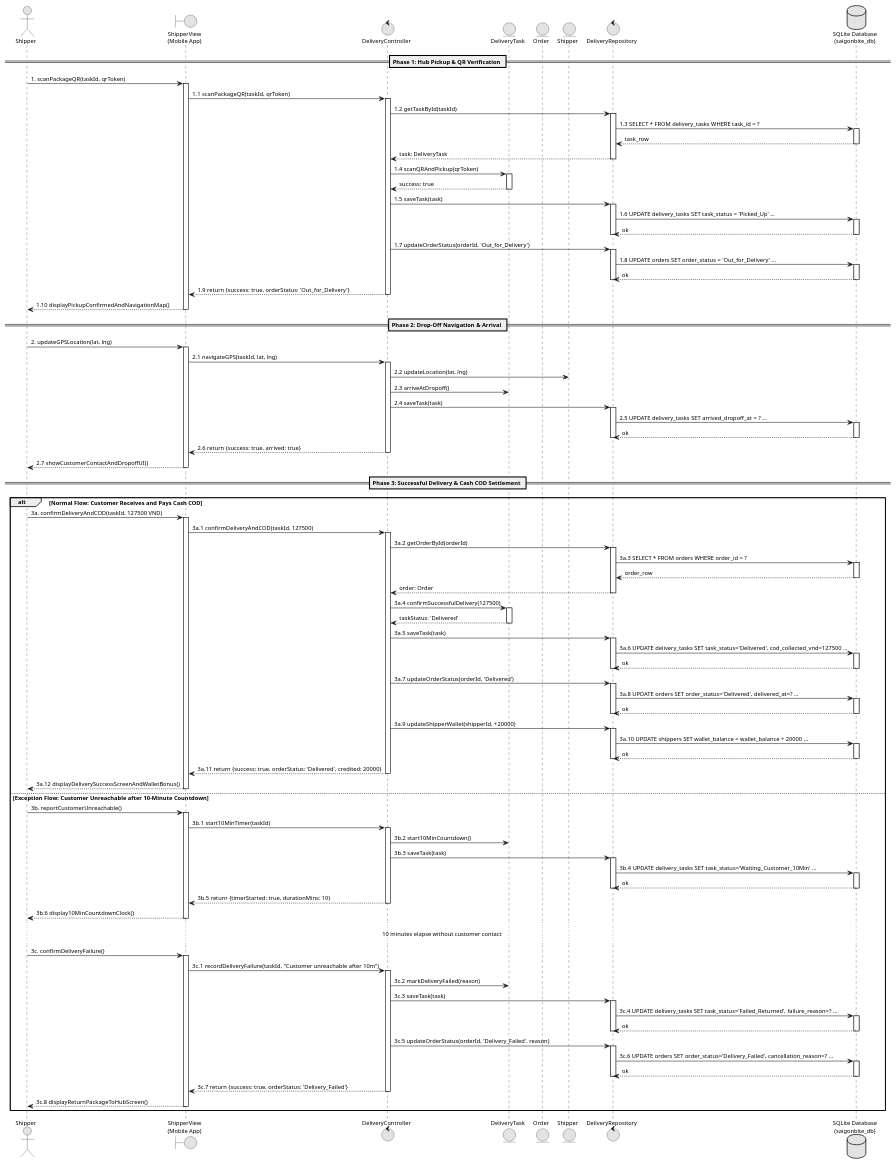
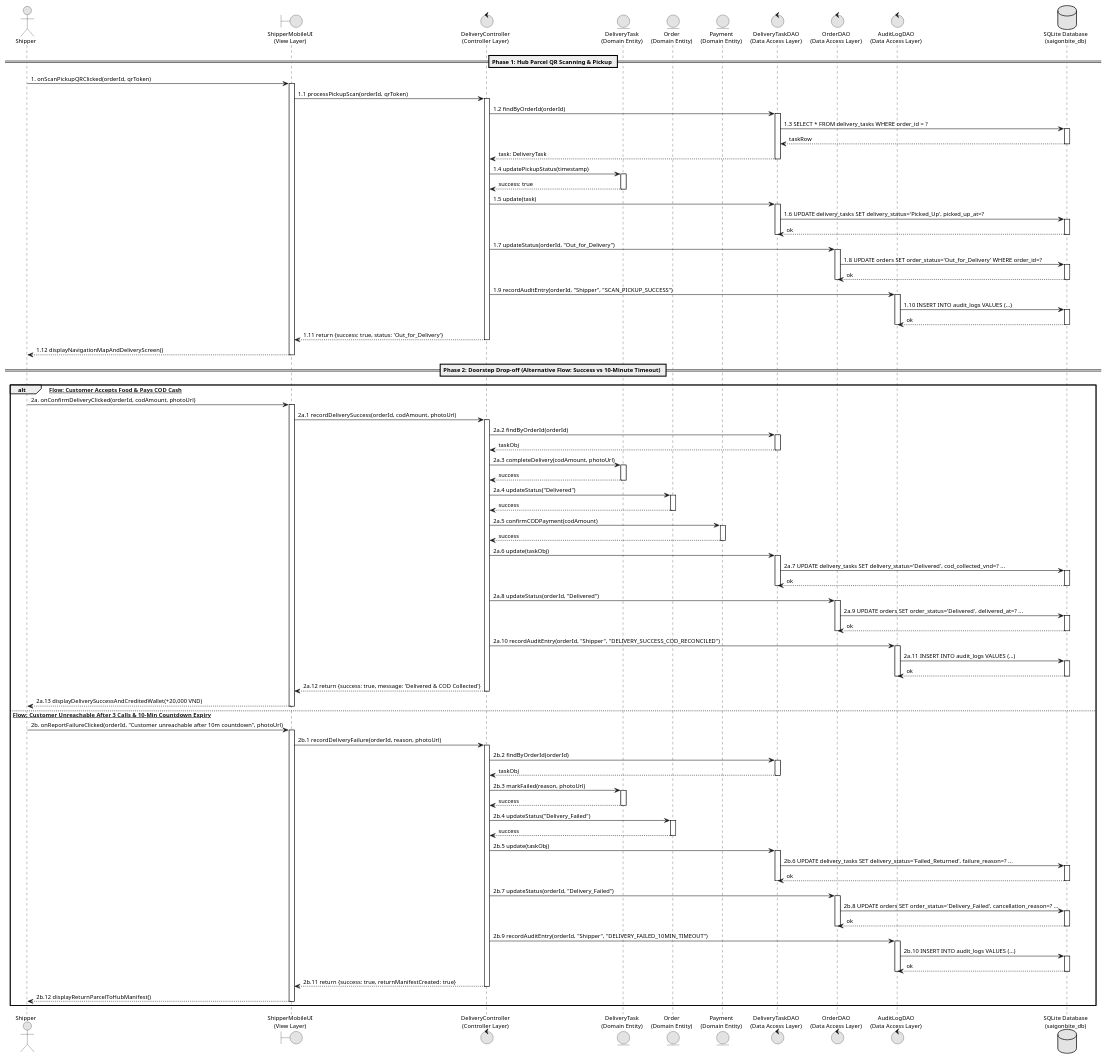
Before and after one commit to DoQuocTrung06/SaigonBite-RAD-TeamF10: the diagram in Part_3/docs/Figure_4_3_2_UC10_Modified_Sequence_Diagram.puml, drawn with PlantUML. The commit also changed 33 other files, not shown here.

Commit message:
fix(part3): align all models, DAOs, diagrams, C# sources and report text with Part 2 DCD Tables 19-28 (524H0136)

```diff
--- a/Part_3/docs/Figure_4_3_2_UC10_Modified_Sequence_Diagram.puml
+++ b/Part_3/docs/Figure_4_3_2_UC10_Modified_Sequence_Diagram.puml
@@ -1,176 +1,180 @@
 @startuml Figure_4_3_2_UC10_Modified_Sequence_Diagram
 skinparam backgroundColor #FFFFFF
 skinparam handwritten false
 skinparam monochrome true
 skinparam shadowing false
 skinparam defaultFontName "Calibri"
 skinparam defaultFontSize 11
 skinparam defaultFontColor #000000
 skinparam linetype ortho
 skinparam roundCorner 0
 hide circle
 
 actor "Shipper" as S
-boundary "ShipperView\n(Mobile App)" as V
-control "DeliveryController" as C
-entity "DeliveryTask" as DT
-entity "Order" as O
-entity "Shipper" as SH
-control "DeliveryRepository" as R
+boundary "ShipperMobileUI\n(View Layer)" as UI
+control "DeliveryController\n(Controller Layer)" as Ctrl
+entity "DeliveryTask\n(Domain Entity)" as Task
+entity "Order\n(Domain Entity)" as Ord
+entity "Payment\n(Domain Entity)" as Pay
+control "DeliveryTaskDAO\n(Data Access Layer)" as TaskDAO
+control "OrderDAO\n(Data Access Layer)" as OrderDAO
+control "AuditLogDAO\n(Data Access Layer)" as AuditDAO
 database "SQLite Database\n(saigonbite_db)" as DB
 
-== Phase 1: Hub Pickup & QR Verification ==
-S -> V: 1. scanPackageQR(taskId, qrToken)
-activate V
-V -> C: 1.1 scanPackageQR(taskId, qrToken)
-activate C
-C -> R: 1.2 getTaskById(taskId)
-activate R
-R -> DB: 1.3 SELECT * FROM delivery_tasks WHERE task_id = ?
+== Phase 1: Hub Parcel QR Scanning & Pickup ==
+S -> UI: 1. onScanPickupQRClicked(orderId, qrToken)
+activate UI
+UI -> Ctrl: 1.1 processPickupScan(orderId, qrToken)
+activate Ctrl
+
+Ctrl -> TaskDAO: 1.2 findByOrderId(orderId)
+activate TaskDAO
+TaskDAO -> DB: 1.3 SELECT * FROM delivery_tasks WHERE order_id = ?
 activate DB
-DB --> R: task_row
+DB --> TaskDAO: taskRow
 deactivate DB
-R --> C: task: DeliveryTask
-deactivate R
+TaskDAO --> Ctrl: task: DeliveryTask
+deactivate TaskDAO
 
-C -> DT: 1.4 scanQRAndPickup(qrToken)
-activate DT
-DT --> C: success: true
-deactivate DT
+Ctrl -> Task: 1.4 updatePickupStatus(timestamp)
+activate Task
+Task --> Ctrl: success: true
+deactivate Task
 
-C -> R: 1.5 saveTask(task)
-activate R
-R -> DB: 1.6 UPDATE delivery_tasks SET task_status = 'Picked_Up' ...
+Ctrl -> TaskDAO: 1.5 update(task)
+activate TaskDAO
+TaskDAO -> DB: 1.6 UPDATE delivery_tasks SET delivery_status='Picked_Up', picked_up_at=?
 activate DB
-DB --> R: ok
+DB --> TaskDAO: ok
 deactivate DB
-deactivate R
+deactivate TaskDAO
 
-C -> R: 1.7 updateOrderStatus(orderId, 'Out_for_Delivery')
-activate R
-R -> DB: 1.8 UPDATE orders SET order_status = 'Out_for_Delivery' ...
+Ctrl -> OrderDAO: 1.7 updateStatus(orderId, "Out_for_Delivery")
+activate OrderDAO
+OrderDAO -> DB: 1.8 UPDATE orders SET order_status='Out_for_Delivery' WHERE order_id=?
 activate DB
-DB --> R: ok
+DB --> OrderDAO: ok
 deactivate DB
-deactivate R
+deactivate OrderDAO
 
-C --> V: 1.9 return {success: true, orderStatus: 'Out_for_Delivery'}
-deactivate C
-V --> S: 1.10 displayPickupConfirmedAndNavigationMap()
-deactivate V
+Ctrl -> AuditDAO: 1.9 recordAuditEntry(orderId, "Shipper", "SCAN_PICKUP_SUCCESS")
+activate AuditDAO
+AuditDAO -> DB: 1.10 INSERT INTO audit_logs VALUES (...)
+activate DB
+DB --> AuditDAO: ok
+deactivate DB
+deactivate AuditDAO
 
-== Phase 2: Drop-Off Navigation & Arrival ==
-S -> V: 2. updateGPSLocation(lat, lng)
-activate V
-V -> C: 2.1 navigateGPS(taskId, lat, lng)
-activate C
-C -> SH: 2.2 updateLocation(lat, lng)
-C -> DT: 2.3 arriveAtDropoff()
-C -> R: 2.4 saveTask(task)
-activate R
-R -> DB: 2.5 UPDATE delivery_tasks SET arrived_dropoff_at = ? ...
-activate DB
-DB --> R: ok
-deactivate DB
-deactivate R
-C --> V: 2.6 return {success: true, arrived: true}
-deactivate C
-V --> S: 2.7 showCustomerContactAndDropoffUI()
-deactivate V
+Ctrl --> UI: 1.11 return {success: true, status: 'Out_for_Delivery'}
+deactivate Ctrl
+UI --> S: 1.12 displayNavigationMapAndDeliveryScreen()
+deactivate UI
 
-== Phase 3: Successful Delivery & Cash COD Settlement ==
-alt Normal Flow: Customer Receives and Pays Cash COD
-    S -> V: 3a. confirmDeliveryAndCOD(taskId, 127500 VND)
-    activate V
-    V -> C: 3a.1 confirmDeliveryAndCOD(taskId, 127500)
-    activate C
-    
-    C -> R: 3a.2 getOrderById(orderId)
-    activate R
-    R -> DB: 3a.3 SELECT * FROM orders WHERE order_id = ?
+== Phase 2: Doorstep Drop-off (Alternative Flow: Success vs 10-Minute Timeout) ==
+alt [Normal Flow: Customer Accepts Food & Pays COD Cash]
+    S -> UI: 2a. onConfirmDeliveryClicked(orderId, codAmount, photoUrl)
+    activate UI
+    UI -> Ctrl: 2a.1 recordDeliverySuccess(orderId, codAmount, photoUrl)
+    activate Ctrl
+
+    Ctrl -> TaskDAO: 2a.2 findByOrderId(orderId)
+    activate TaskDAO
+    TaskDAO --> Ctrl: taskObj
+    deactivate TaskDAO
+
+    Ctrl -> Task: 2a.3 completeDelivery(codAmount, photoUrl)
+    activate Task
+    Task --> Ctrl: success
+    deactivate Task
+
+    Ctrl -> Ord: 2a.4 updateStatus("Delivered")
+    activate Ord
+    Ord --> Ctrl: success
+    deactivate Ord
+
+    Ctrl -> Pay: 2a.5 confirmCODPayment(codAmount)
+    activate Pay
+    Pay --> Ctrl: success
+    deactivate Pay
+
+    Ctrl -> TaskDAO: 2a.6 update(taskObj)
+    activate TaskDAO
+    TaskDAO -> DB: 2a.7 UPDATE delivery_tasks SET delivery_status='Delivered', cod_collected_vnd=? ...
     activate DB
-    DB --> R: order_row
+    DB --> TaskDAO: ok
     deactivate DB
-    R --> C: order: Order
-    deactivate R
+    deactivate TaskDAO
 
-    C -> DT: 3a.4 confirmSuccessfulDelivery(127500)
-    activate DT
-    DT --> C: taskStatus: 'Delivered'
-    deactivate DT
+    Ctrl -> OrderDAO: 2a.8 updateStatus(orderId, "Delivered")
+    activate OrderDAO
+    OrderDAO -> DB: 2a.9 UPDATE orders SET order_status='Delivered', delivered_at=? ...
+    activate DB
+    DB --> OrderDAO: ok
+    deactivate DB
+    deactivate OrderDAO
 
-    C -> R: 3a.5 saveTask(task)
-    activate R
-    R -> DB: 3a.6 UPDATE delivery_tasks SET task_status='Delivered', cod_collected_vnd=127500 ...
+    Ctrl -> AuditDAO: 2a.10 recordAuditEntry(orderId, "Shipper", "DELIVERY_SUCCESS_COD_RECONCILED")
+    activate AuditDAO
+    AuditDAO -> DB: 2a.11 INSERT INTO audit_logs VALUES (...)
     activate DB
-    DB --> R: ok
+    DB --> AuditDAO: ok
     deactivate DB
-    deactivate R
+    deactivate AuditDAO
 
-    C -> R: 3a.7 updateOrderStatus(orderId, 'Delivered')
-    activate R
-    R -> DB: 3a.8 UPDATE orders SET order_status='Delivered', delivered_at=? ...
+    Ctrl --> UI: 2a.12 return {success: true, message: 'Delivered & COD Collected'}
+    deactivate Ctrl
+    UI --> S: 2a.13 displayDeliverySuccessAndCreditedWallet(+20,000 VND)
+    deactivate UI
+
+else [Exception Flow: Customer Unreachable After 3 Calls & 10-Min Countdown Expiry]
+    S -> UI: 2b. onReportFailureClicked(orderId, "Customer unreachable after 10m countdown", photoUrl)
+    activate UI
+    UI -> Ctrl: 2b.1 recordDeliveryFailure(orderId, reason, photoUrl)
+    activate Ctrl
+
+    Ctrl -> TaskDAO: 2b.2 findByOrderId(orderId)
+    activate TaskDAO
+    TaskDAO --> Ctrl: taskObj
+    deactivate TaskDAO
+
+    Ctrl -> Task: 2b.3 markFailed(reason, photoUrl)
+    activate Task
+    Task --> Ctrl: success
+    deactivate Task
+
+    Ctrl -> Ord: 2b.4 updateStatus("Delivery_Failed")
+    activate Ord
+    Ord --> Ctrl: success
+    deactivate Ord
+
+    Ctrl -> TaskDAO: 2b.5 update(taskObj)
+    activate TaskDAO
+    TaskDAO -> DB: 2b.6 UPDATE delivery_tasks SET delivery_status='Failed_Returned', failure_reason=? ...
     activate DB
-    DB --> R: ok
+    DB --> TaskDAO: ok
     deactivate DB
-    deactivate R
+    deactivate TaskDAO
 
-    C -> R: 3a.9 updateShipperWallet(shipperId, +20000)
-    activate R
-    R -> DB: 3a.10 UPDATE shippers SET wallet_balance = wallet_balance + 20000 ...
+    Ctrl -> OrderDAO: 2b.7 updateStatus(orderId, "Delivery_Failed")
+    activate OrderDAO
+    OrderDAO -> DB: 2b.8 UPDATE orders SET order_status='Delivery_Failed', cancellation_reason=? ...
     activate DB
-    DB --> R: ok
+    DB --> OrderDAO: ok
     deactivate DB
-    deactivate R
+    deactivate OrderDAO
 
-    C --> V: 3a.11 return {success: true, orderStatus: 'Delivered', credited: 20000}
-    deactivate C
-    V --> S: 3a.12 displayDeliverySuccessScreenAndWalletBonus()
-    deactivate V
+    Ctrl -> AuditDAO: 2b.9 recordAuditEntry(orderId, "Shipper", "DELIVERY_FAILED_10MIN_TIMEOUT")
+    activate AuditDAO
+    AuditDAO -> DB: 2b.10 INSERT INTO audit_logs VALUES (...)
+    activate DB
+    DB --> AuditDAO: ok
+    deactivate DB
+    deactivate AuditDAO
 
-else Exception Flow: Customer Unreachable after 10-Minute Countdown
-    S -> V: 3b. reportCustomerUnreachable()
-    activate V
-    V -> C: 3b.1 start10MinTimer(taskId)
-    activate C
-    C -> DT: 3b.2 start10MinCountdown()
-    C -> R: 3b.3 saveTask(task)
-    activate R
-    R -> DB: 3b.4 UPDATE delivery_tasks SET task_status='Waiting_Customer_10Min' ...
-    activate DB
-    DB --> R: ok
-    deactivate DB
-    deactivate R
-    C --> V: 3b.5 return {timerStarted: true, durationMins: 10}
-    deactivate C
-    V --> S: 3b.6 display10MinCountdownClock()
-    deactivate V
-
-    ... 10 minutes elapse without customer contact ...
-
-    S -> V: 3c. confirmDeliveryFailure()
-    activate V
-    V -> C: 3c.1 recordDeliveryFailure(taskId, "Customer unreachable after 10m")
-    activate C
-    C -> DT: 3c.2 markDeliveryFailed(reason)
-    C -> R: 3c.3 saveTask(task)
-    activate R
-    R -> DB: 3c.4 UPDATE delivery_tasks SET task_status='Failed_Returned', failure_reason=? ...
-    activate DB
-    DB --> R: ok
-    deactivate DB
-    deactivate R
-    C -> R: 3c.5 updateOrderStatus(orderId, 'Delivery_Failed', reason)
-    activate R
-    R -> DB: 3c.6 UPDATE orders SET order_status='Delivery_Failed', cancellation_reason=? ...
-    activate DB
-    DB --> R: ok
-    deactivate DB
-    deactivate R
-    C --> V: 3c.7 return {success: true, orderStatus: 'Delivery_Failed'}
-    deactivate C
-    V --> S: 3c.8 displayReturnPackageToHubScreen()
-    deactivate V
+    Ctrl --> UI: 2b.11 return {success: true, returnManifestCreated: true}
+    deactivate Ctrl
+    UI --> S: 2b.12 displayReturnParcelToHubManifest()
+    deactivate UI
 end
 
 @enduml
```
